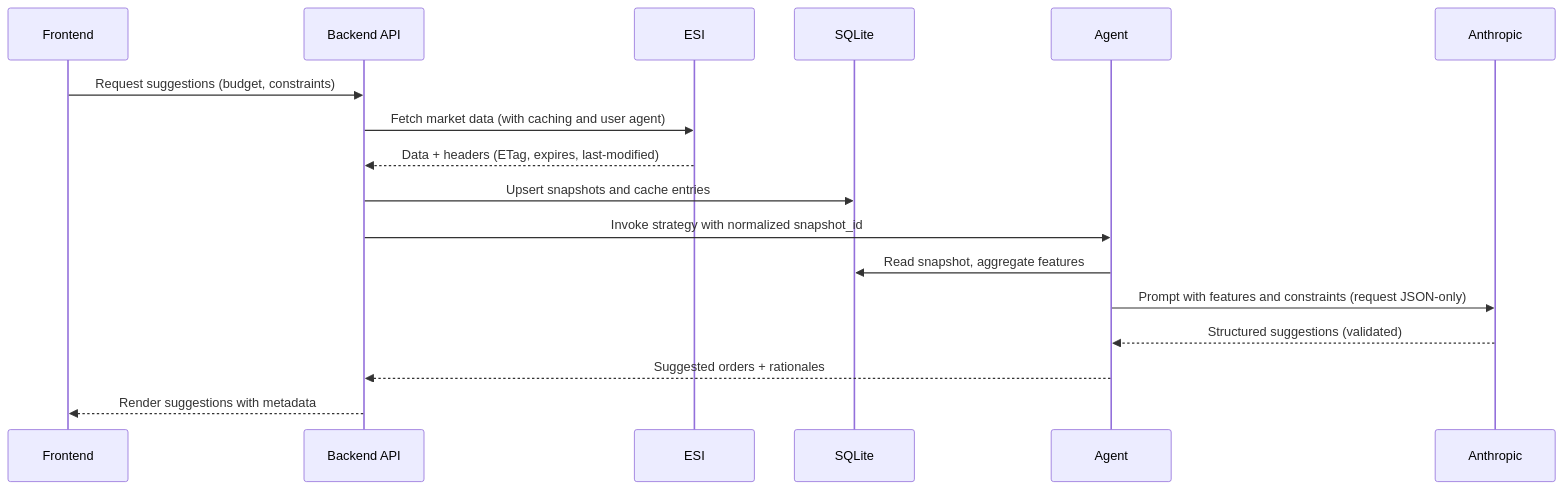
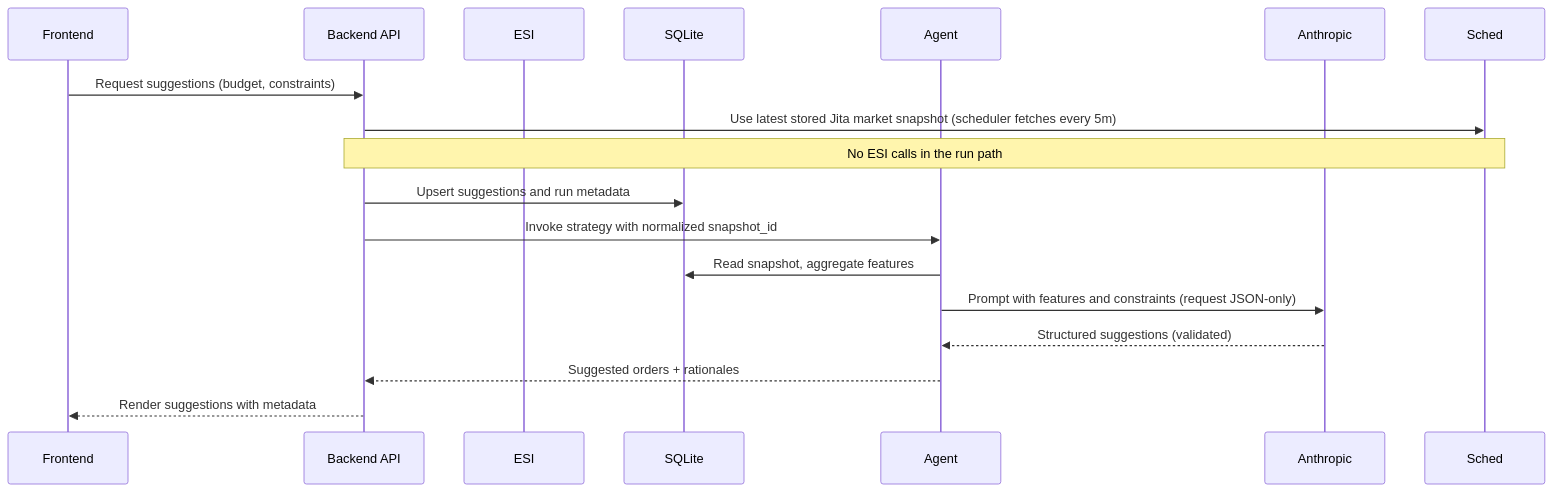
The diagram in docs/AI_AGENT_GUIDE.md (chrisdruidman/eve-trading-assistant), drawn with Mermaid before and after one commit. The commit also changed 7 other files, not shown here.

````diff
--- a/docs/AI_AGENT_GUIDE.md
+++ b/docs/AI_AGENT_GUIDE.md
@@ -109,20 +109,20 @@
 ```mermaid
 sequenceDiagram
   participant UI as Frontend
   participant API as Backend API
   participant ESI as ESI
   participant DB as SQLite
   participant AG as Agent
   participant LLM as Anthropic
 
   UI->>API: Request suggestions (budget, constraints)
-  API->>ESI: Fetch market data (with caching and user agent)
-  ESI-->>API: Data + headers (ETag, expires, last-modified)
-  API->>DB: Upsert snapshots and cache entries
+  API->>Sched: Use latest stored Jita market snapshot (scheduler fetches every 5m)
+  Note over Sched,API: No ESI calls in the run path
+  API->>DB: Upsert suggestions and run metadata
   API->>AG: Invoke strategy with normalized snapshot_id
   AG->>DB: Read snapshot, aggregate features
   AG->>LLM: Prompt with features and constraints (request JSON-only)
   LLM-->>AG: Structured suggestions (validated)
   AG-->>API: Suggested orders + rationales
   API-->>UI: Render suggestions with metadata
 ```
````
